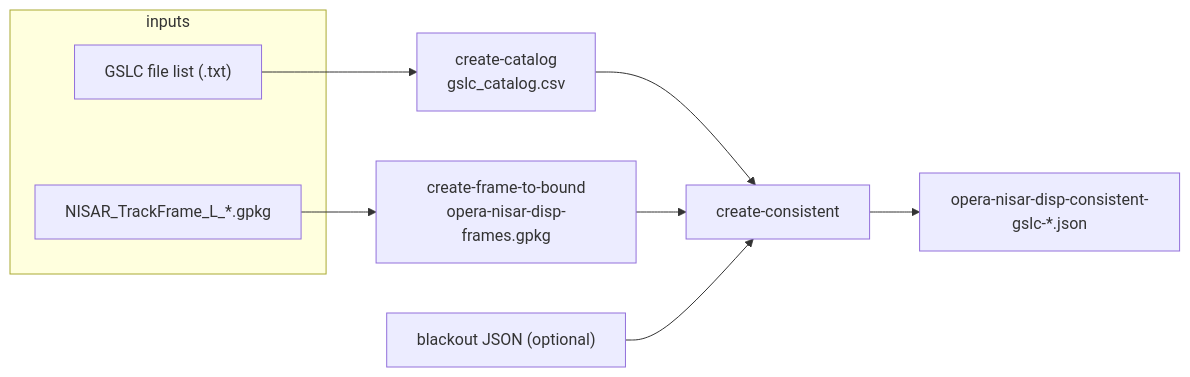
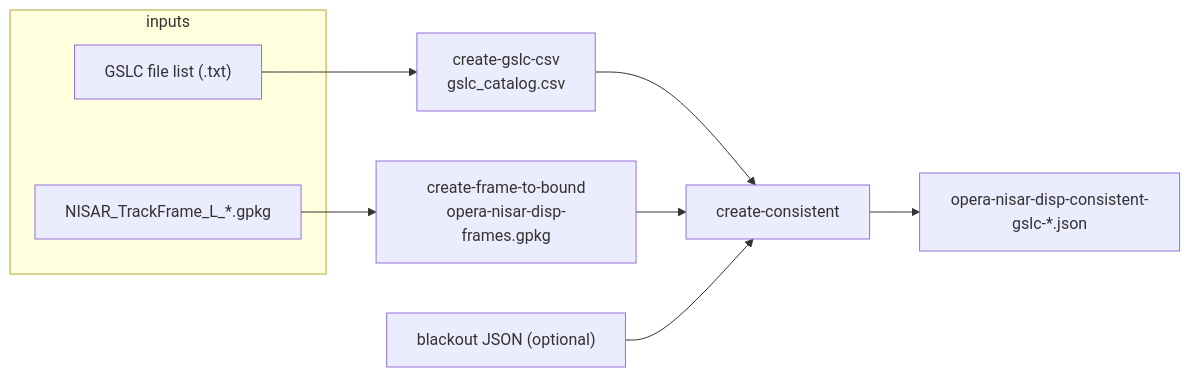
The third of 3 diagrams in docs/background/consistent-mode.md (opera-adt/nisar_db), drawn with Mermaid before and after one commit. The commit also changed other lines of this file and 6 other files, not shown here.

````diff
--- a/docs/background/consistent-mode.md
+++ b/docs/background/consistent-mode.md
@@ -196,13 +200,13 @@
 ```mermaid
 flowchart LR
     subgraph inputs
       L["GSLC file list (.txt)"]
       G["NISAR_TrackFrame_L_*.gpkg"]
     end
-    L --> CAT["create-catalog<br/>gslc_catalog.csv"]
+    L --> CAT["create-gslc-csv<br/>gslc_catalog.csv"]
     G --> FTB["create-frame-to-bound<br/>opera-nisar-disp-frames.gpkg"]
     CAT --> CON["create-consistent"]
     FTB --> CON
     BL["blackout JSON (optional)"] --> CON
     CON --> OUT["opera-nisar-disp-consistent-gslc-*.json"]
 ```
````
